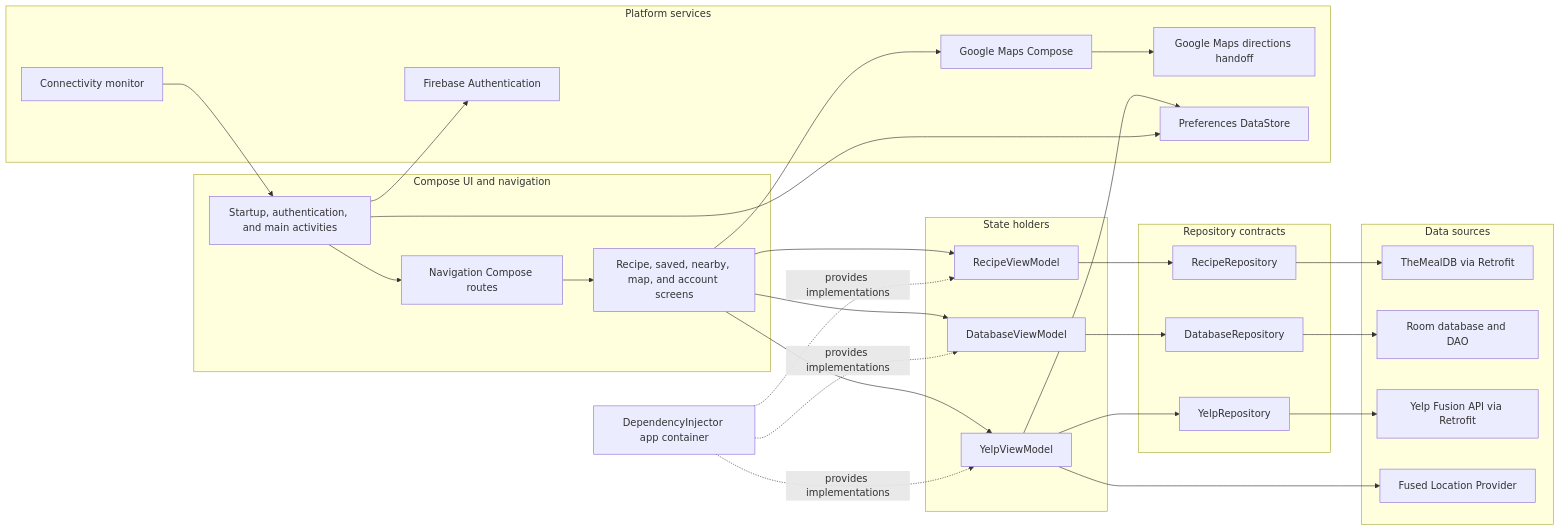
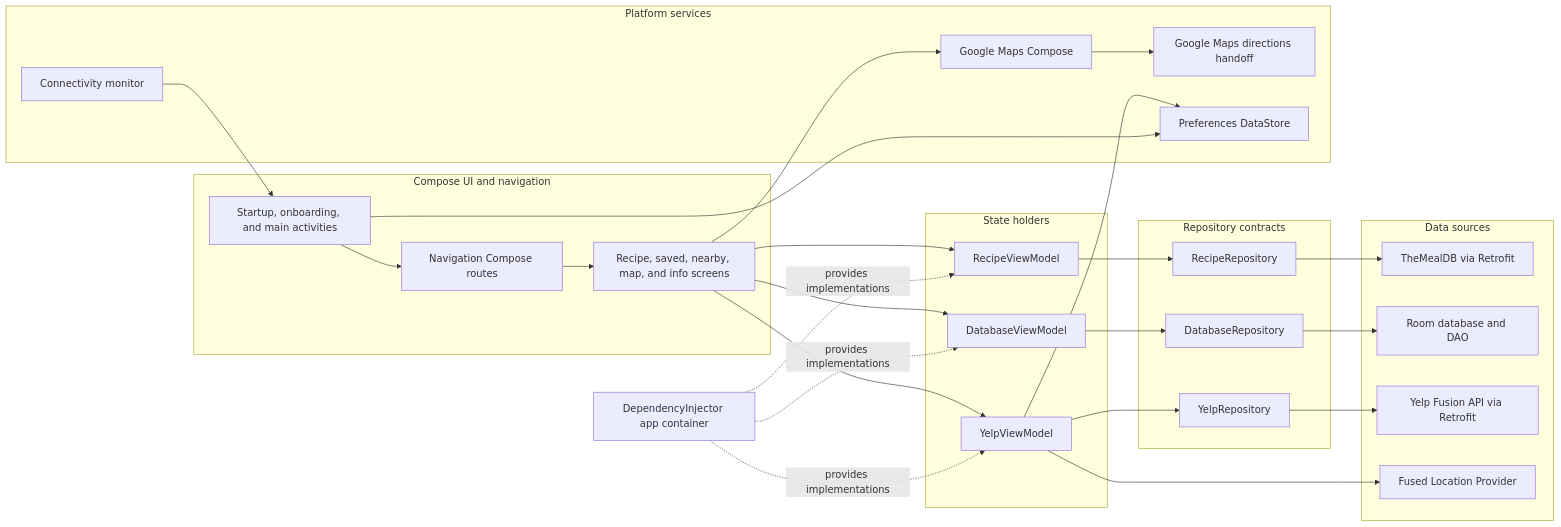
Before and after one commit to GetRighhttt/RecipeCompose: the diagram in README.md, drawn with Mermaid. The commit also changed other lines of this file and 24 other files, not shown here.

````diff
--- a/README.md
+++ b/README.md
@@ -71,53 +70,51 @@
 ```mermaid
 flowchart LR
     subgraph UI[Compose UI and navigation]
-        Activities[Startup, authentication, and main activities]
+        Activities[Startup, onboarding, and main activities]
         Nav[Navigation Compose routes]
-        Screens[Recipe, saved, nearby, map, and account screens]
+        Screens[Recipe, saved, nearby, map, and info screens]
         Activities --> Nav
         Nav --> Screens
     end
 
     subgraph State[State holders]
         RecipeVM[RecipeViewModel]
         DatabaseVM[DatabaseViewModel]
         YelpVM[YelpViewModel]
     end
 
     subgraph Contracts[Repository contracts]
         RecipeRepository[RecipeRepository]
         DatabaseRepository[DatabaseRepository]
         YelpRepository[YelpRepository]
     end
 
     subgraph Data[Data sources]
         MealDb[TheMealDB via Retrofit]
         Room[Room database and DAO]
         Yelp[Yelp Fusion API via Retrofit]
         Location[Fused Location Provider]
     end
 
     subgraph Platform[Platform services]
         Maps[Google Maps Compose]
         Directions[Google Maps directions handoff]
-        Firebase[Firebase Authentication]
         Preferences[Preferences DataStore]
         Connectivity[Connectivity monitor]
     end
 
     Screens --> RecipeVM
     Screens --> DatabaseVM
     Screens --> YelpVM
     RecipeVM --> RecipeRepository --> MealDb
     DatabaseVM --> DatabaseRepository --> Room
     YelpVM --> YelpRepository --> Yelp
     YelpVM --> Location
     YelpVM --> Preferences
     Screens --> Maps --> Directions
-    Activities --> Firebase
     Activities --> Preferences
     Connectivity --> Activities
     AppContainer[DependencyInjector app container] -. provides implementations .-> RecipeVM
     AppContainer -. provides implementations .-> DatabaseVM
     AppContainer -. provides implementations .-> YelpVM
 ```
````
